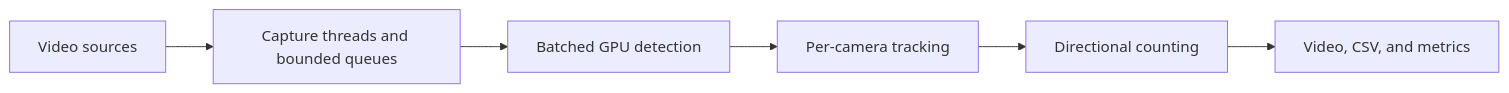
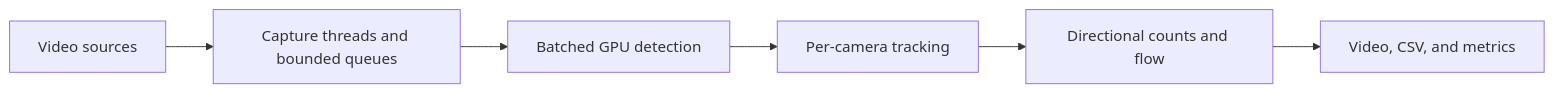
One commit to cornelGrg/cv-multi-monitoring changed the diagram in README.md. Above: the diagram before and after it, drawn with Mermaid. The commit also changed other lines of this file and 35 other files, not shown here.

````diff
--- a/README.md
+++ b/README.md
@@ -17,8 +14,8 @@
 ```mermaid
 flowchart LR
     A[Video sources] --> B[Capture threads and bounded queues]
     B --> C[Batched GPU detection]
     C --> D[Per-camera tracking]
-    D --> E[Directional counting]
+    D --> E[Directional counts and flow]
     E --> F[Video, CSV, and metrics]
 ```
````
